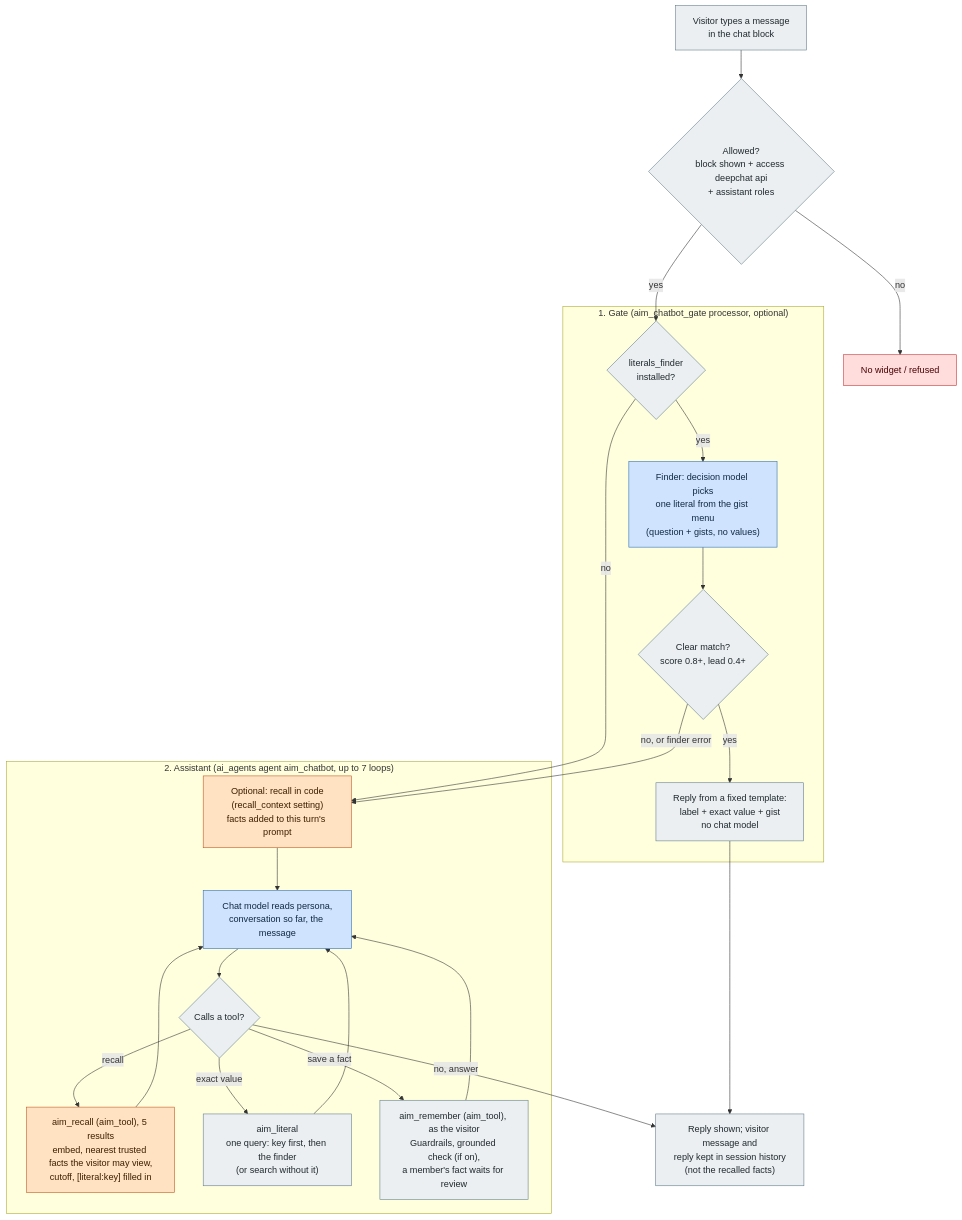
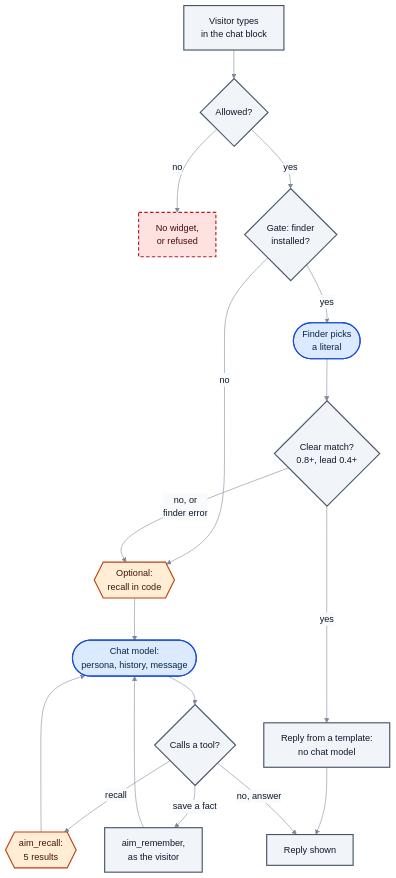
The sixth of 7 diagrams in adr/workflow-diagram.md (NikLP/aim), drawn with Mermaid before and after one commit. The commit also changed other lines of this file and 30 other files, not shown here.

Commit message:
Move finder calls to internal in AIM (no longer model's choice) Pass the date to models, date handling Workflow diagrams...

````diff
--- a/adr/workflow-diagram.md
+++ b/adr/workflow-diagram.md
@@ -400,42 +593,36 @@
 ```mermaid
+%%{init: {"theme": "base", "flowchart": {"useMaxWidth": false}, "themeCSS": ".nodeLabel p{margin:0}", "themeVariables": {"fontSize": "16px", "lineColor": "#7c8798", "textColor": "#0f172a", "primaryTextColor": "#0f172a", "edgeLabelBackground": "#f8fafc"}}}%%
 flowchart TD
-  classDef llm fill:#cfe3ff,stroke:#2b6cb0,color:#102a43
-  classDef vec fill:#ffe2c2,stroke:#c05621,color:#3d1f00
-  classDef code fill:#eceff1,stroke:#607d8b,color:#1f2a30
-  classDef bad fill:#fdd,stroke:#c53030,color:#4a0000
+  accTitle: One chat turn
+  accDescr: An allowed visitor's message first meets the optional gate, where the finder can answer a clear exact-value question from a template with no chat model. Otherwise the assistant's chat model loops up to 7 times, calling aim_recall or aim_remember, then replies.
+  classDef llm fill:#dbeafe,stroke:#1d4ed8,stroke-width:2px,color:#0b2545
+  classDef vec fill:#ffedd5,stroke:#c2410c,stroke-width:2px,color:#431407
+  classDef code fill:#f1f5f9,stroke:#475569,stroke-width:2px,color:#0f172a
+  classDef bad fill:#fee2e2,stroke:#b91c1c,stroke-width:2px,stroke-dasharray:6 4,color:#450a0a
 
-  V["Visitor types a message<br/>in the chat block"]:::code
-  ACC{"Allowed?<br/>block shown + access deepchat api<br/>+ assistant roles"}:::code
-  NO["No widget / refused"]:::bad
-
-  subgraph GATE["1. Gate (aim_chatbot_gate processor, optional)"]
-    G1{"literals_finder<br/>installed?"}:::code
-    G2["Finder: decision model picks<br/>one literal from the gist menu<br/>(question + gists, no values)"]:::llm
-    G3{"Clear match?<br/>score 0.8+, lead 0.4+"}:::code
-    G4["Reply from a fixed template:<br/>label + exact value + gist<br/>no chat model"]:::code
-  end
-
-  subgraph AGENT["2. Assistant (ai_agents agent aim_chatbot, up to 7 loops)"]
-    P["Optional: recall in code<br/>(recall_context setting)<br/>facts added to this turn's prompt"]:::vec
-    M["Chat model reads persona,<br/>conversation so far, the message"]:::llm
-    T{"Calls a tool?"}:::code
-    R["aim_recall (aim_tool), 5 results<br/>embed, nearest trusted facts the visitor may view,<br/>cutoff, [literal:key] filled in"]:::vec
-    L["aim_literal<br/>one query: key first, then the finder<br/>(or search without it)"]:::code
-    W["aim_remember (aim_tool), as the visitor<br/>Guardrails, grounded check (if on),<br/>a member's fact waits for review"]:::code
-  end
-
-  OUT["Reply shown; visitor message and<br/>reply kept in session history<br/>(not the recalled facts)"]:::code
+  V["Visitor types<br/>in the chat block"]:::code
+  ACC{"Allowed?"}:::code
+  NO["No widget,<br/>or refused"]:::bad
+  G1{"Gate: finder<br/>installed?"}:::code
+  G2(["Finder picks<br/>a literal"]):::llm
+  G3{"Clear match?<br/>0.8+, lead 0.4+"}:::code
+  G4["Reply from a template:<br/>no chat model"]:::code
+  P{{"Optional:<br/>recall in code"}}:::vec
+  M(["Chat model:<br/>persona, history, message"]):::llm
+  T{"Calls a tool?"}:::code
+  R{{"aim_recall:<br/>5 results"}}:::vec
+  W["aim_remember,<br/>as the visitor"]:::code
+  OUT["Reply shown"]:::code
 
   V --> ACC
   ACC -->|no| NO
   ACC -->|yes| G1
   G1 -->|no| P
   G1 -->|yes| G2 --> G3
   G3 -->|yes| G4 --> OUT
-  G3 -->|"no, or finder error"| P
+  G3 -->|"no, or<br/>finder error"| P
   P --> M --> T
   T -->|recall| R --> M
-  T -->|exact value| L --> M
-  T -->|save a fact| W --> M
+  T -->|"save a fact"| W --> M
   T -->|"no, answer"| OUT
 ```
````
